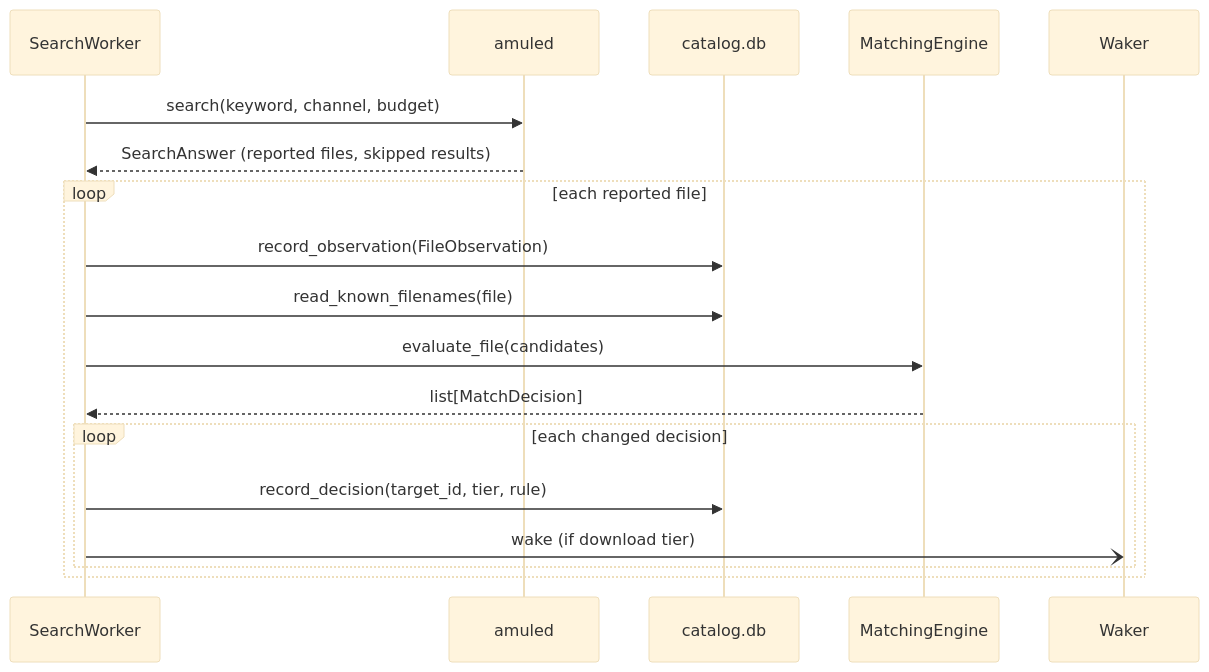
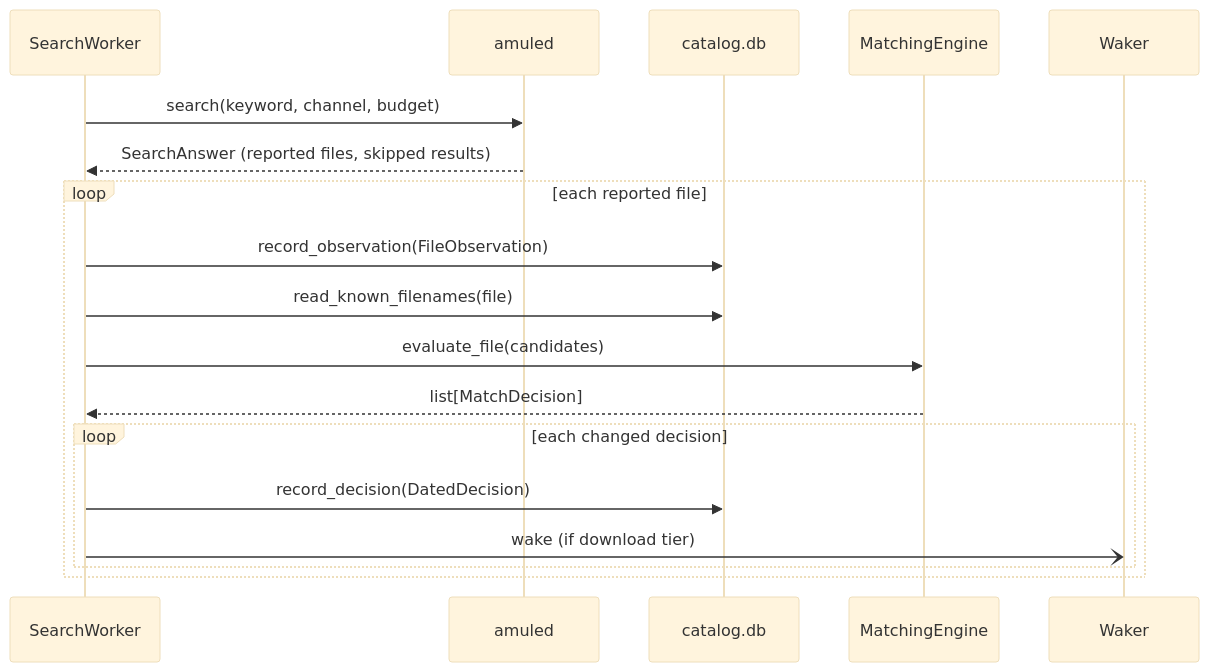
The sixth of 12 diagrams in docs/contributing/architecture.md (mission-titar/p2pwatch), drawn with Mermaid (base theme) before and after one commit. The commit also changed 14 other files, not shown here.

First line of the commit message:
refactor(crawler): decisions written as a DatedDecision

````diff
--- a/docs/contributing/architecture.md
+++ b/docs/contributing/architecture.md
@@ -279,21 +279,21 @@
 ```mermaid
 sequenceDiagram
   participant W as SearchWorker
   participant A as amuled
   participant C as catalog.db
   participant E as MatchingEngine
   participant D as Waker
 
   W->>A: search(keyword, channel, budget)
   A-->>W: SearchAnswer (reported files, skipped results)
   loop each reported file
     W->>C: record_observation(FileObservation)
     W->>C: read_known_filenames(file)
     W->>E: evaluate_file(candidates)
     E-->>W: list[MatchDecision]
     loop each changed decision
-      W->>C: record_decision(target_id, tier, rule)
+      W->>C: record_decision(DatedDecision)
       W-)D: wake (if download tier)
     end
   end
 ```
````
